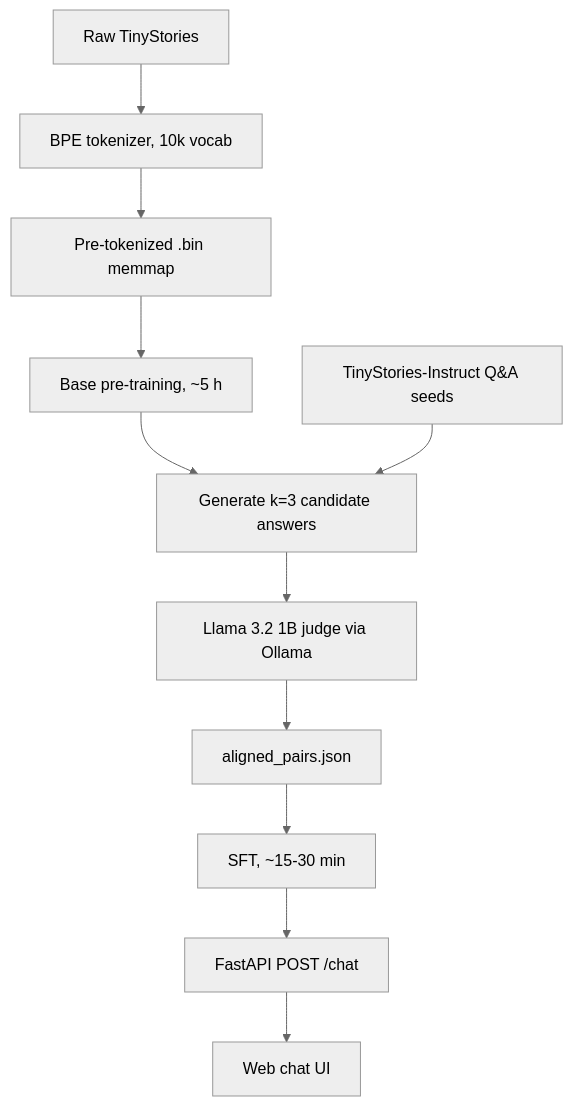
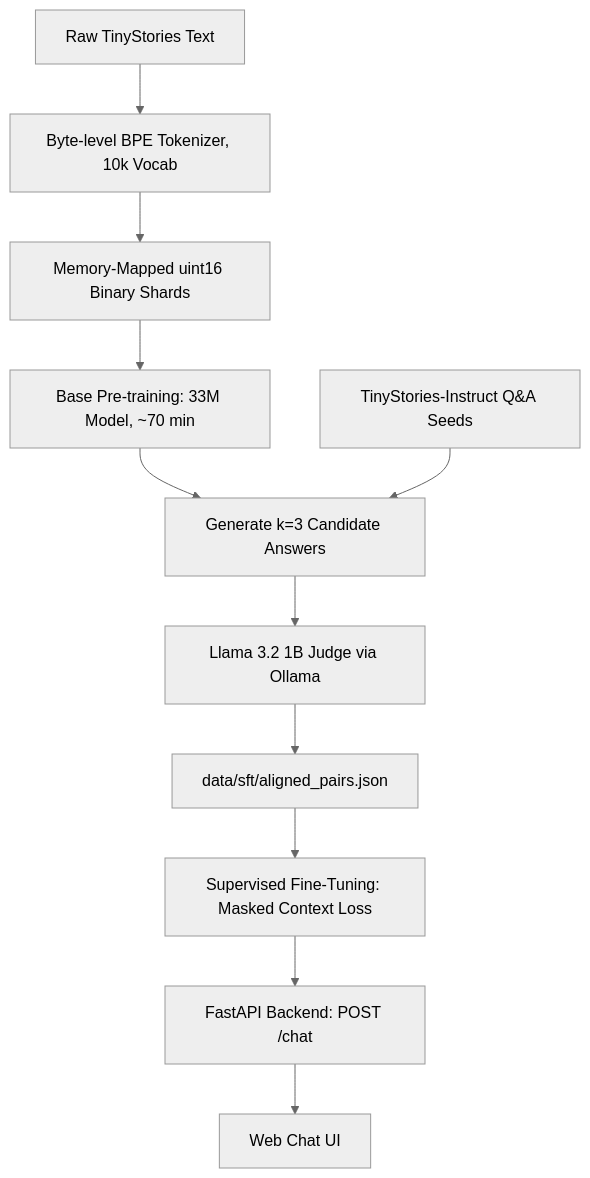
Before and after one commit to yogeshsikhwal77/nanoGPT: the second of 3 diagrams in README.md, drawn with Mermaid (neutral theme). The commit also changed other lines of this file and 5 other files, not shown here.

Commit message:
pre training of 2 models 15 million and 33 million

````diff
--- a/README.md
+++ b/README.md
@@ -125,23 +124,13 @@
 ```mermaid
 flowchart TD
-
-    A[Raw TinyStories] --> B[BPE tokenizer, 10k vocab]
-
-    B --> C[Pre-tokenized .bin memmap]
-
-    C --> D[Base pre-training, ~5 h]
-
-    D --> E[Generate k=3 candidate answers]
-
-    F[TinyStories-Instruct Q&A seeds] --> E
-
-    E --> G[Llama 3.2 1B judge via Ollama]
-
-    G --> H[aligned_pairs.json]
-
-    H --> I[SFT, ~15-30 min]
-
-    I --> J[FastAPI POST /chat]
-
-    J --> K[Web chat UI]
+    A[Raw TinyStories Text] --> B[Byte-level BPE Tokenizer, 10k Vocab]
+    B --> C[Memory-Mapped uint16 Binary Shards]
+    C --> D[Base Pre-training: 33M Model, ~70 min]
+    D --> E[Generate k=3 Candidate Answers]
+    F[TinyStories-Instruct Q&A Seeds] --> E
+    E --> G[Llama 3.2 1B Judge via Ollama]
+    G --> H[data/sft/aligned_pairs.json]
+    H --> I[Supervised Fine-Tuning: Masked Context Loss]
+    I --> J[FastAPI Backend: POST /chat]
+    J --> K[Web Chat UI]
 ```
````
